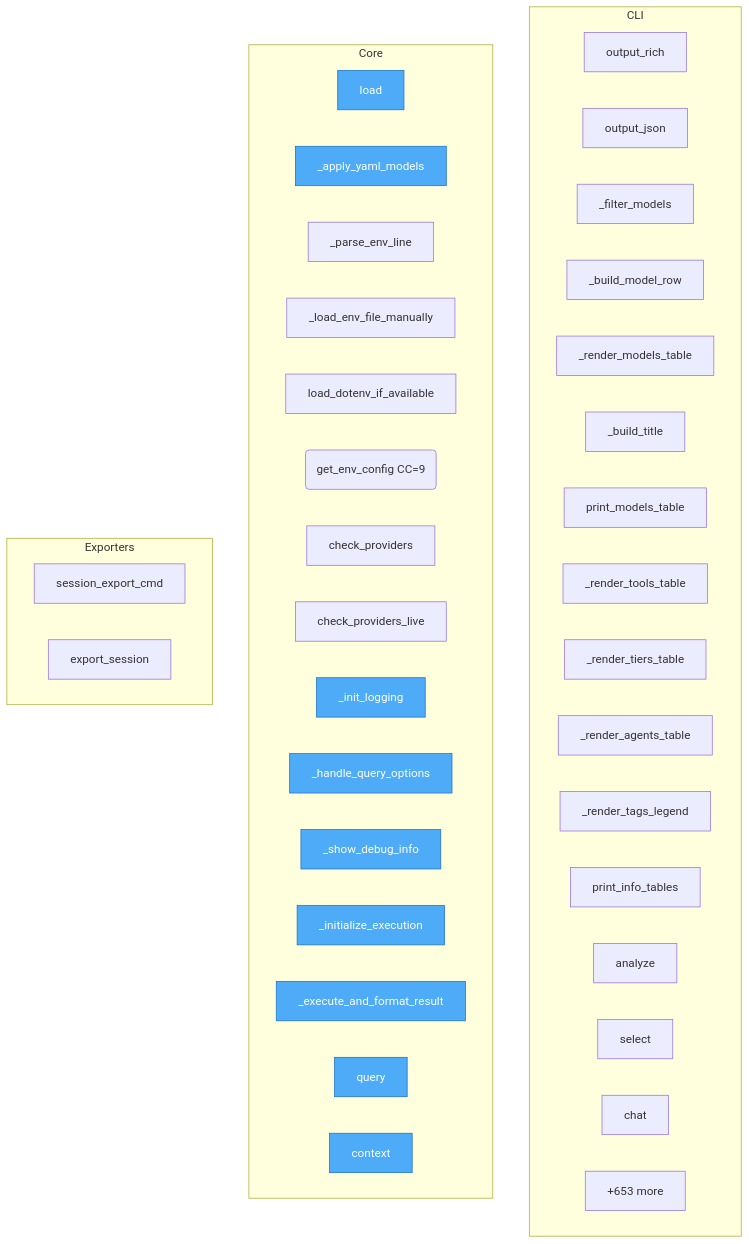
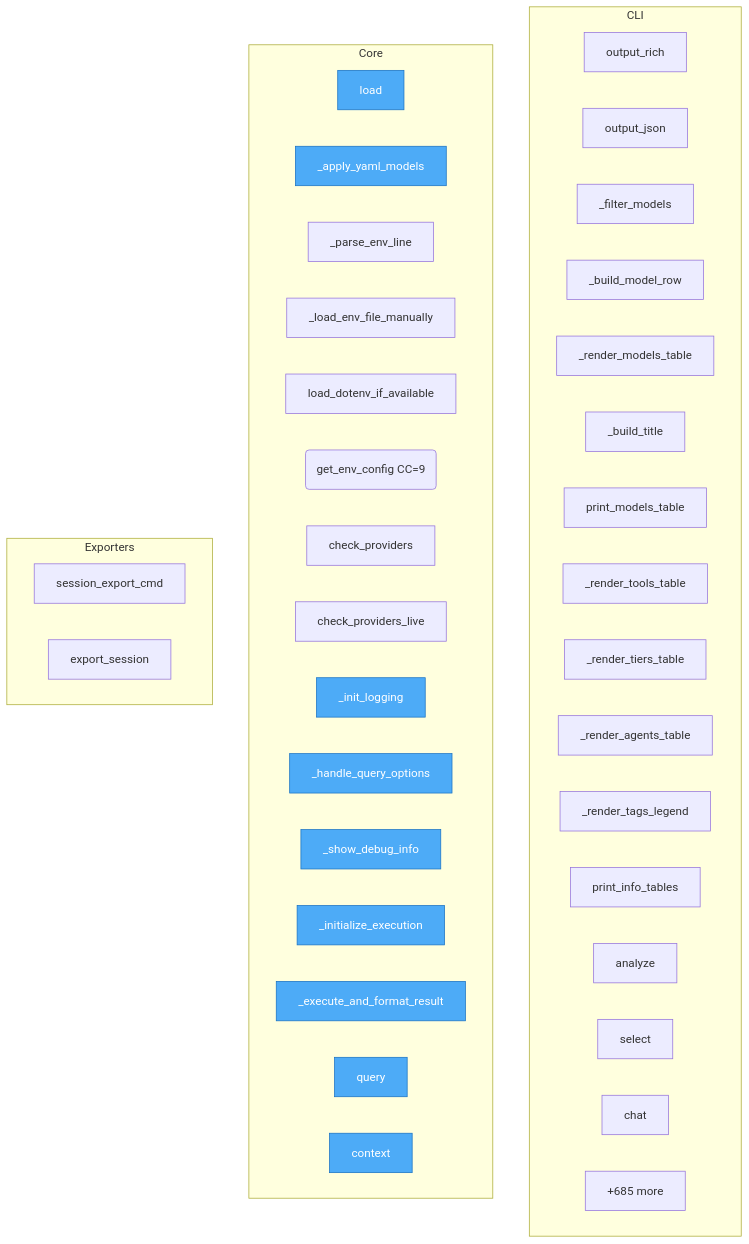
One commit to semcod/llx changed the diagram in project/flow.mmd. Above: the diagram before and after it, drawn with Mermaid. The commit also changed 55 other files, not shown here.

```diff
--- a/project/flow.mmd
+++ b/project/flow.mmd
@@ -1,49 +1,49 @@
 flowchart TD
 
     %% Entry points (blue)
     classDef entry fill:#4dabf7,stroke:#1971c2,color:#fff
 
     subgraph CLI
         llx__cli__formatters__output_rich["output_rich"]
         llx__cli__formatters__output_json["output_json"]
         llx__cli__formatters___filter_models["_filter_models"]
         llx__cli__formatters___build_model_row["_build_model_row"]
         llx__cli__formatters___render_models_table["_render_models_table"]
         llx__cli__formatters___build_title["_build_title"]
         llx__cli__formatters__print_models_table["print_models_table"]
         llx__cli__formatters___render_tools_table["_render_tools_table"]
         llx__cli__formatters___render_tiers_table["_render_tiers_table"]
         llx__cli__formatters___render_agents_table["_render_agents_table"]
         llx__cli__formatters___render_tags_legend["_render_tags_legend"]
         llx__cli__formatters__print_info_tables["print_info_tables"]
         llx__cli__app__analyze["analyze"]
         llx__cli__app__select["select"]
         llx__cli__app__chat["chat"]
         ...["+11 more"]
     end
 
     subgraph Core
         llx__config__LlxConfig__load["load"]
         llx__config___apply_yaml_models["_apply_yaml_models"]
         llx__prellm__env_config___parse_env_line["_parse_env_line"]
         llx__prellm__env_config___load_env_file_manually["_load_env_file_manually"]
         llx__prellm__env_config__load_dotenv_if_available["load_dotenv_if_available"]
         llx__prellm__env_config__get_env_config("get_env_config CC=9")
         llx__prellm__env_config__check_providers["check_providers"]
         llx__prellm__env_config__check_providers_live["check_providers_live"]
         llx__prellm__cli___init_logging["_init_logging"]
         llx__prellm__cli___handle_query_options["_handle_query_options"]
         llx__prellm__cli___show_debug_info["_show_debug_info"]
         llx__prellm__cli___initialize_execution["_initialize_execution"]
         llx__prellm__cli___execute_and_format_result["_execute_and_format_result"]
         llx__prellm__cli__query["query"]
         llx__prellm__cli__context["context"]
-        ...["+653 more"]
+        ...["+685 more"]
     end
 
     subgraph Exporters
         llx__prellm__cli__session_export_cmd["session_export_cmd"]
         llx__prellm__context__user_memory__UserMemory__export_session["export_session"]
     end
 
     class llx__config__LlxConfig__load,llx__config___apply_yaml_models,llx__prellm__cli___init_logging,llx__prellm__cli___handle_query_options,llx__prellm__cli___show_debug_info,llx__prellm__cli___initialize_execution,llx__prellm__cli___execute_and_format_result,llx__prellm__cli__query,llx__prellm__cli__context,llx__prellm__cli__process entry
```
